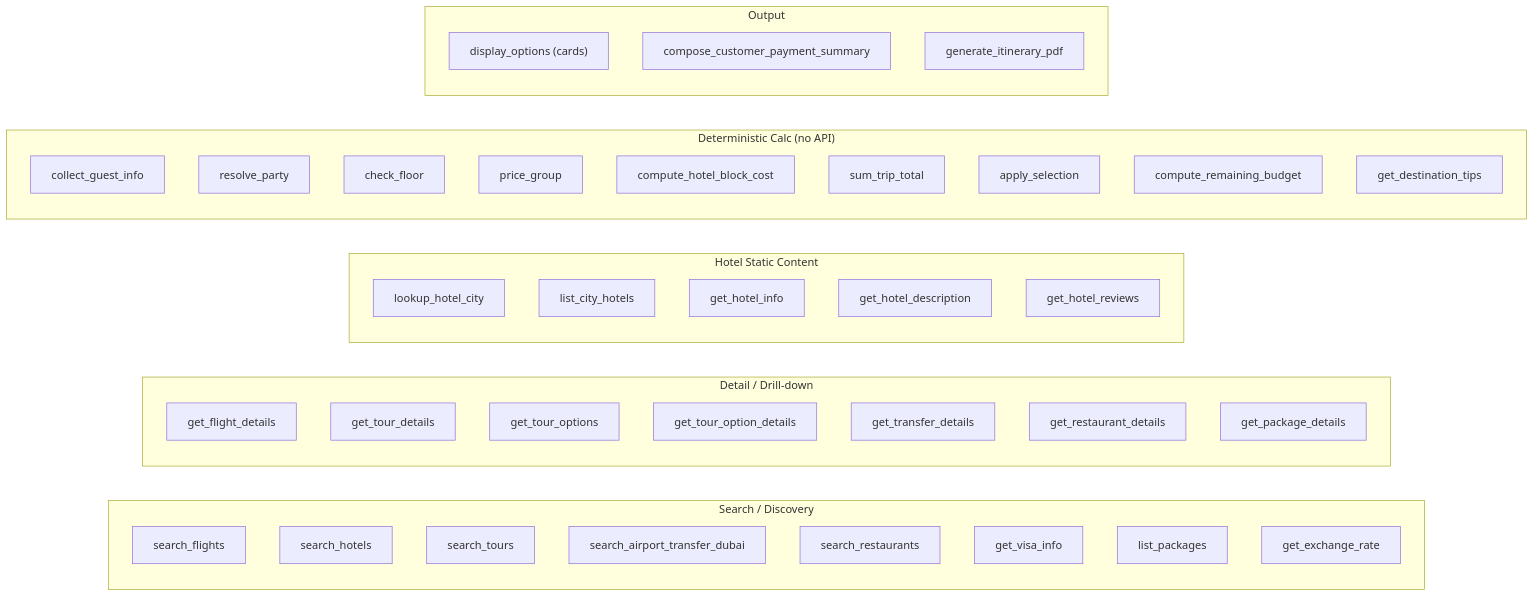
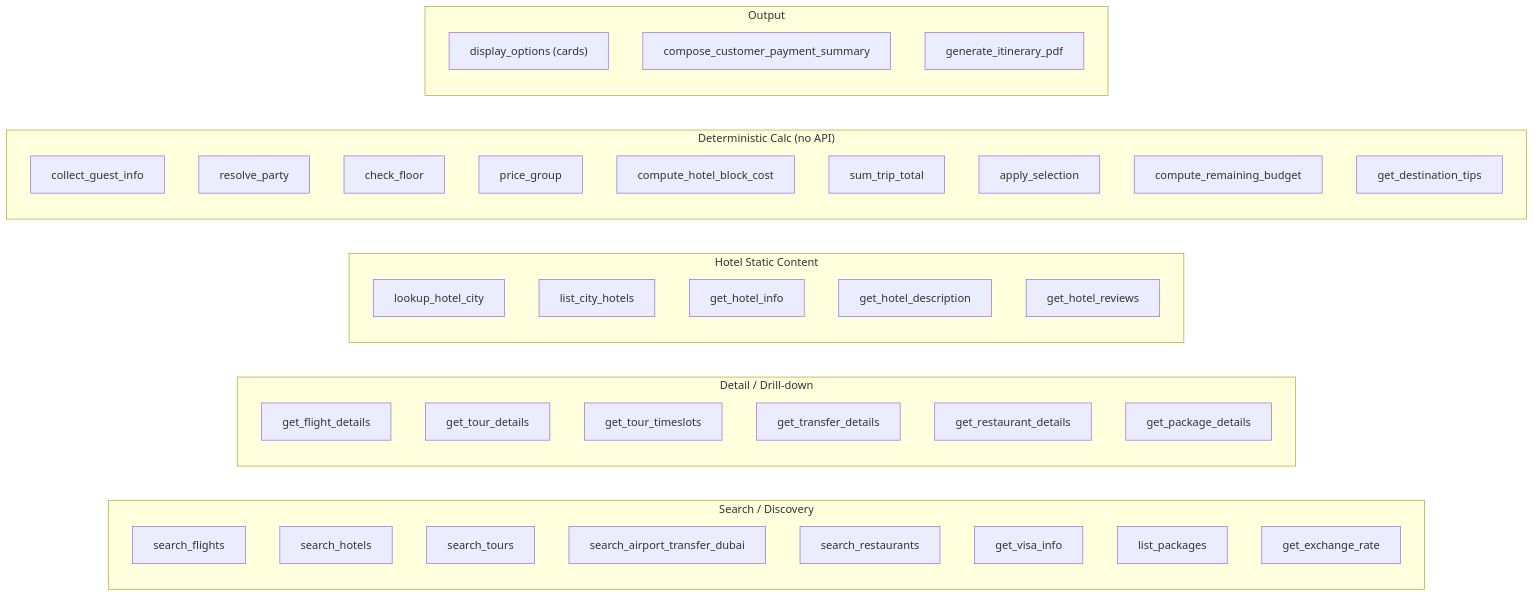
The third of 4 diagrams in docs/agent_flow.md (arbaaz-siddiqui/itenary-planner), drawn with Mermaid before and after one commit. The commit also changed 29 other files, not shown here.

````diff
--- a/docs/agent_flow.md
+++ b/docs/agent_flow.md
@@ -87,49 +87,48 @@
 ```mermaid
 flowchart LR
     subgraph SearchTools["Search / Discovery"]
         sf["search_flights"]
         sh["search_hotels"]
         stt["search_tours"]
         str["search_airport_transfer_dubai"]
         sr["search_restaurants"]
         gv["get_visa_info"]
         lp["list_packages"]
         gx["get_exchange_rate"]
     end
 
     subgraph DetailTools["Detail / Drill-down"]
         gfd["get_flight_details"]
         gtd["get_tour_details"]
-        gto["get_tour_options"]
-        gtod["get_tour_option_details"]
+        gts["get_tour_timeslots"]
         gtrd["get_transfer_details"]
         grd["get_restaurant_details"]
         gpd["get_package_details"]
     end
 
     subgraph HotelTools["Hotel Static Content"]
         lhc["lookup_hotel_city"]
         lch["list_city_hotels"]
         ghi["get_hotel_info"]
         ghd["get_hotel_description"]
         ghr["get_hotel_reviews"]
     end
 
     subgraph CalcTools["Deterministic Calc (no API)"]
         cgi["collect_guest_info"]
         rp["resolve_party"]
         cf["check_floor"]
         pg["price_group"]
         chbc["compute_hotel_block_cost"]
         stot["sum_trip_total"]
         as_["apply_selection"]
         crb["compute_remaining_budget"]
         gdt["get_destination_tips"]
     end
 
     subgraph OutputTools["Output"]
         do["display_options (cards)"]
         cps["compose_customer_payment_summary"]
         pdf["generate_itinerary_pdf"]
     end
 ```
````
